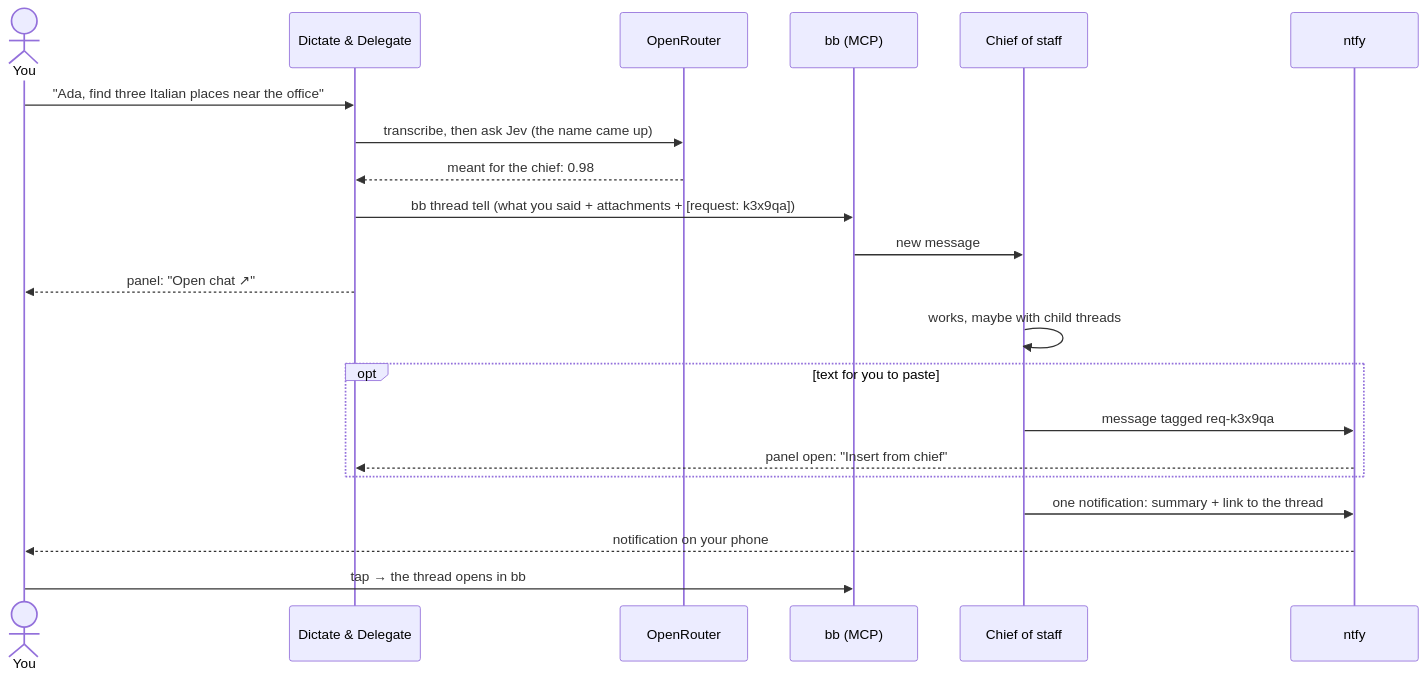
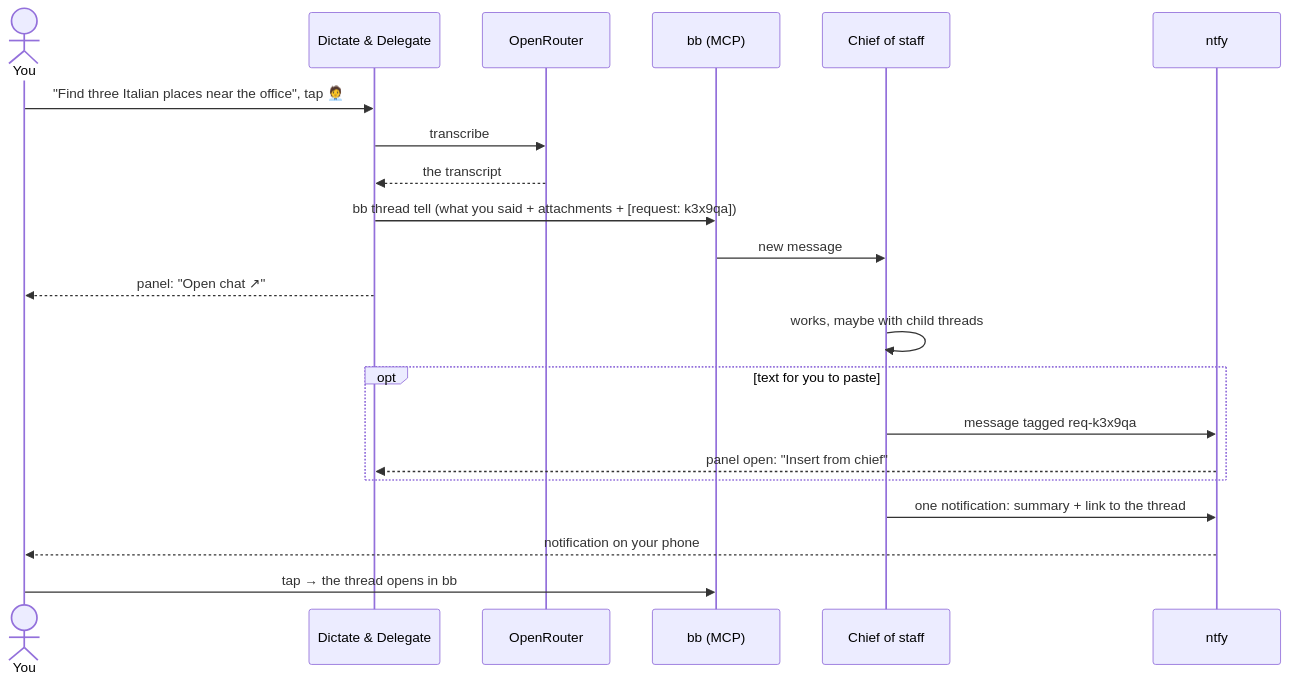
The third of 4 diagrams in docs/HOW-IT-WORKS.md (Philipp258/dictate-and-delegate), drawn with Mermaid before and after one commit. The commit also changed other lines of this file and 61 other files, not shown here.

````diff
--- a/docs/HOW-IT-WORKS.md
+++ b/docs/HOW-IT-WORKS.md
@@ -81,23 +81,23 @@
 ```mermaid
 sequenceDiagram
     actor You
     participant TR as Dictate & Delegate
     participant OR as OpenRouter
     participant BB as bb (MCP)
     participant CoS as Chief of staff
     participant N as ntfy
-    You->>TR: "Ada, find three Italian places near the office"
-    TR->>OR: transcribe, then ask Jev (the name came up)
-    OR-->>TR: meant for the chief: 0.98
+    You->>TR: "Find three Italian places near the office", tap 🧑‍💼
+    TR->>OR: transcribe
+    OR-->>TR: the transcript
     TR->>BB: bb thread tell (what you said + attachments + [request: k3x9qa])
     BB->>CoS: new message
     TR-->>You: panel: "Open chat ↗"
     CoS->>CoS: works, maybe with child threads
     opt text for you to paste
         CoS->>N: message tagged req-k3x9qa
         N-->>TR: panel open: "Insert from chief"
     end
     CoS->>N: one notification: summary + link to the thread
     N-->>You: notification on your phone
     You->>BB: tap → the thread opens in bb
 ```
````
